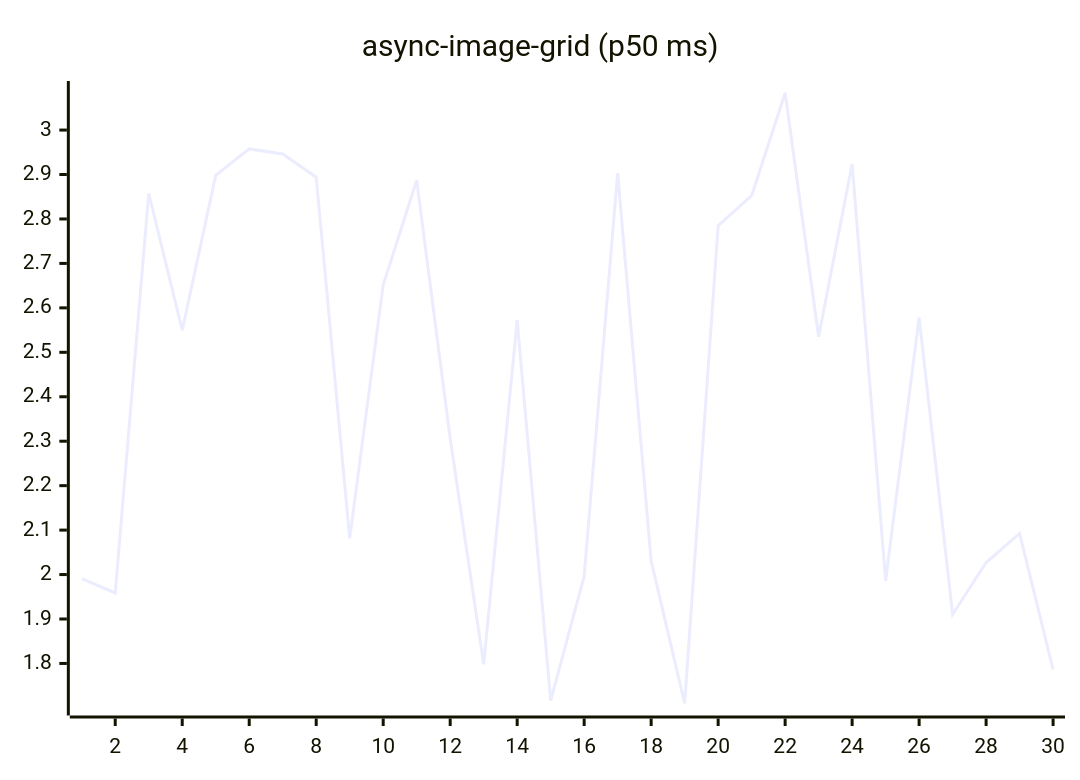
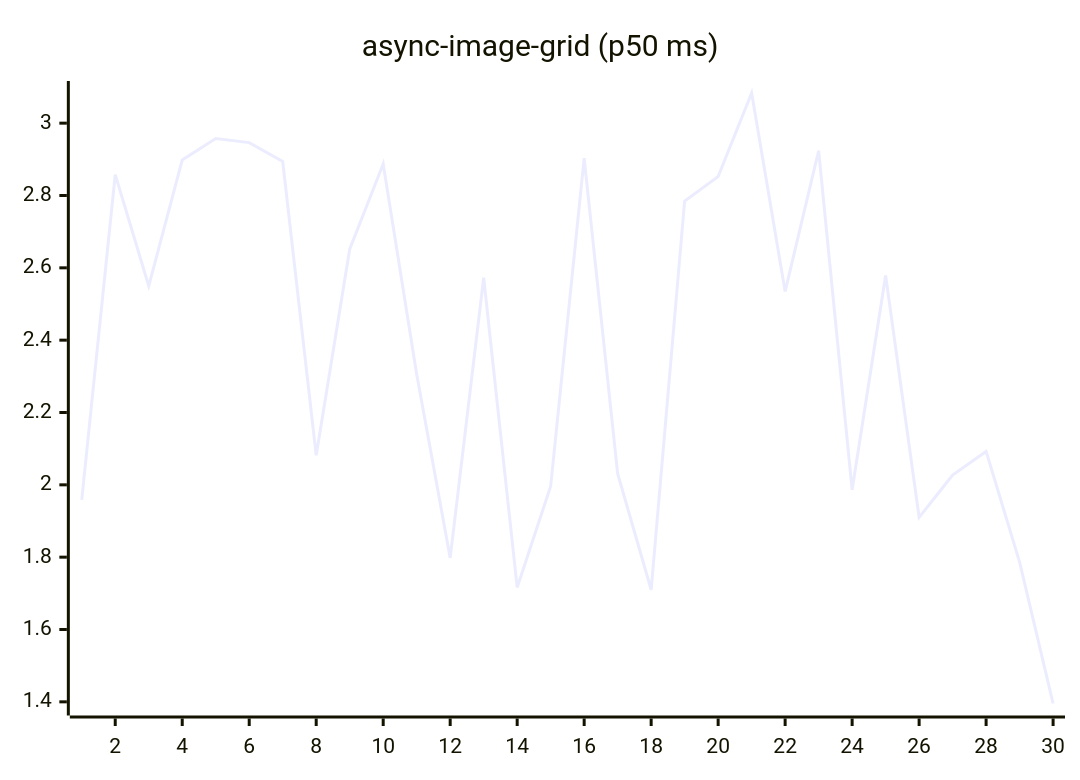
The fifth of 27 diagrams in README.md (josha/Facet), drawn with Mermaid before and after one commit. The commit also changed other lines of this file and 2 other files, not shown here.

````diff
--- a/README.md
+++ b/README.md
@@ -91,6 +91,6 @@
 ```mermaid
 xychart-beta
     title "async-image-grid (p50 ms)"
     x-axis 1 --> 30
-    line [1.9906, 1.9586, 2.8577, 2.5497, 2.8980, 2.9576, 2.9463, 2.8940, 2.0815, 2.6515, 2.8871, 2.3060, 1.7979, 2.5726, 1.7163, 1.9964, 2.9032, 2.0307, 1.7099, 2.7848, 2.8523, 3.0834, 2.5349, 2.9237, 1.9862, 2.5787, 1.9102, 2.0270, 2.0924, 1.7862]
+    line [1.9586, 2.8577, 2.5497, 2.8980, 2.9576, 2.9463, 2.8940, 2.0815, 2.6515, 2.8871, 2.3060, 1.7979, 2.5726, 1.7163, 1.9964, 2.9032, 2.0307, 1.7099, 2.7848, 2.8523, 3.0834, 2.5349, 2.9237, 1.9862, 2.5787, 1.9102, 2.0270, 2.0924, 1.7862, 1.3954]
 ```
````
